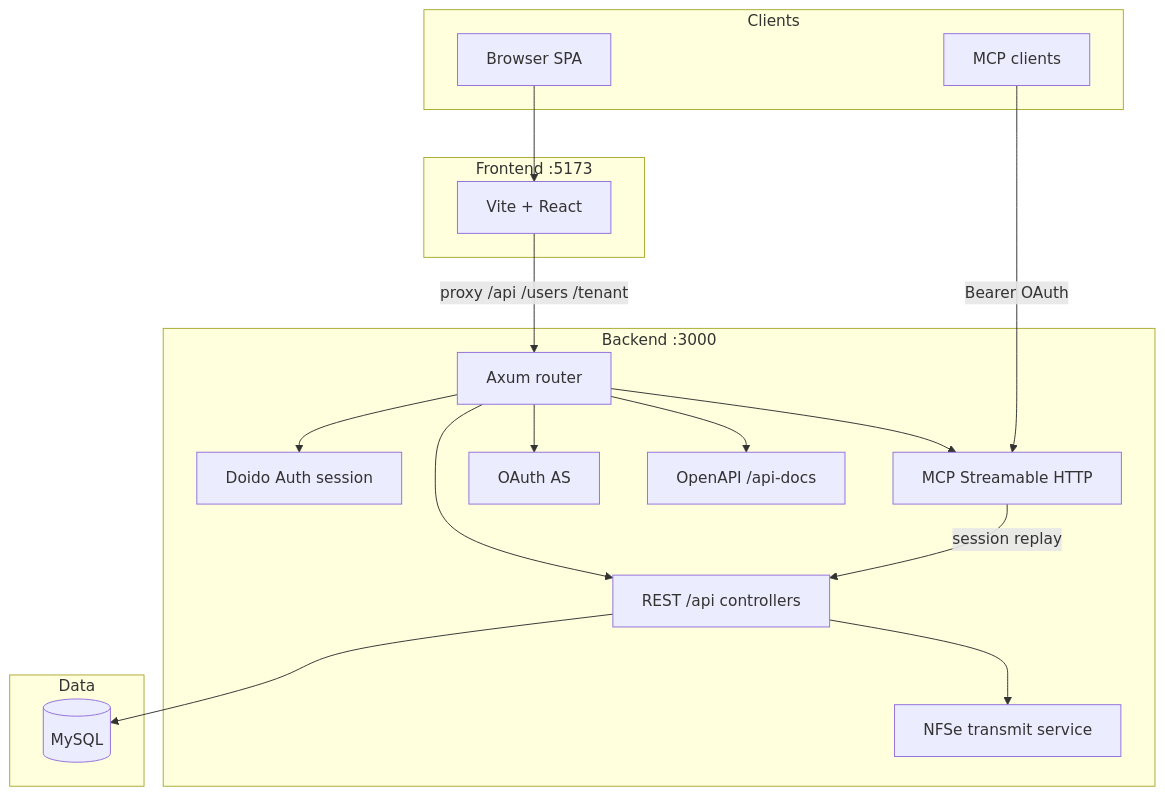
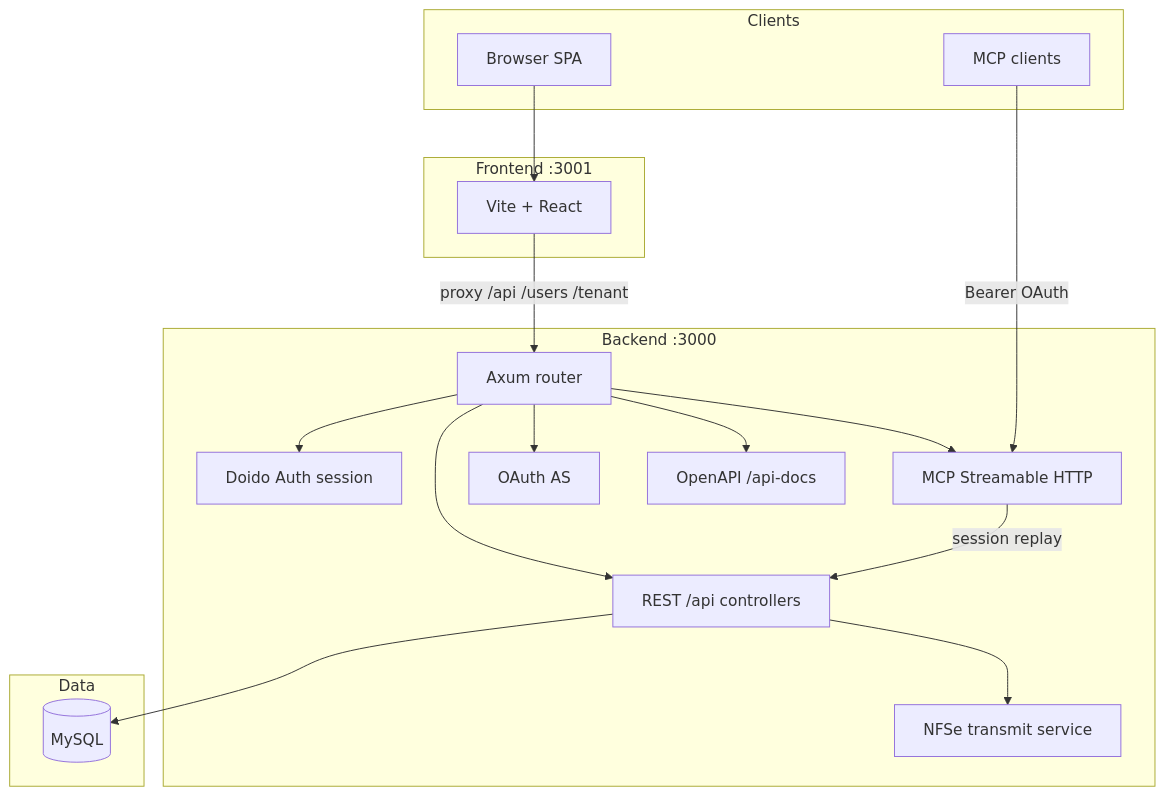
Before and after one commit to doido-rs/quicknfe: the diagram in docs/architecture/README.md, drawn with Mermaid. The commit also changed 28 other files, not shown here.

````diff
--- a/docs/architecture/README.md
+++ b/docs/architecture/README.md
@@ -3,37 +3,37 @@
 ```mermaid
 flowchart TB
   subgraph clients [Clients]
     Browser[Browser SPA]
     MCPClient[MCP clients]
   end
 
-  subgraph frontend [Frontend :5173]
+  subgraph frontend [Frontend :3001]
     Vite[Vite + React]
   end
 
   subgraph backend [Backend :3000]
     Axum[Axum router]
     Auth[Doido Auth session]
     API[REST /api controllers]
     NFSe[NFSe transmit service]
     MCP[MCP Streamable HTTP]
     OAuthSrv[OAuth AS]
     Swagger[OpenAPI /api-docs]
   end
 
   subgraph data [Data]
     MySQL[(MySQL)]
   end
 
   Browser --> Vite
   Vite -->|proxy /api /users /tenant| Axum
   MCPClient -->|Bearer OAuth| MCP
   MCP -->|session replay| API
   Axum --> Auth
   Axum --> API
   Axum --> MCP
   Axum --> OAuthSrv
   Axum --> Swagger
   API --> MySQL
   API --> NFSe
 ```
````
